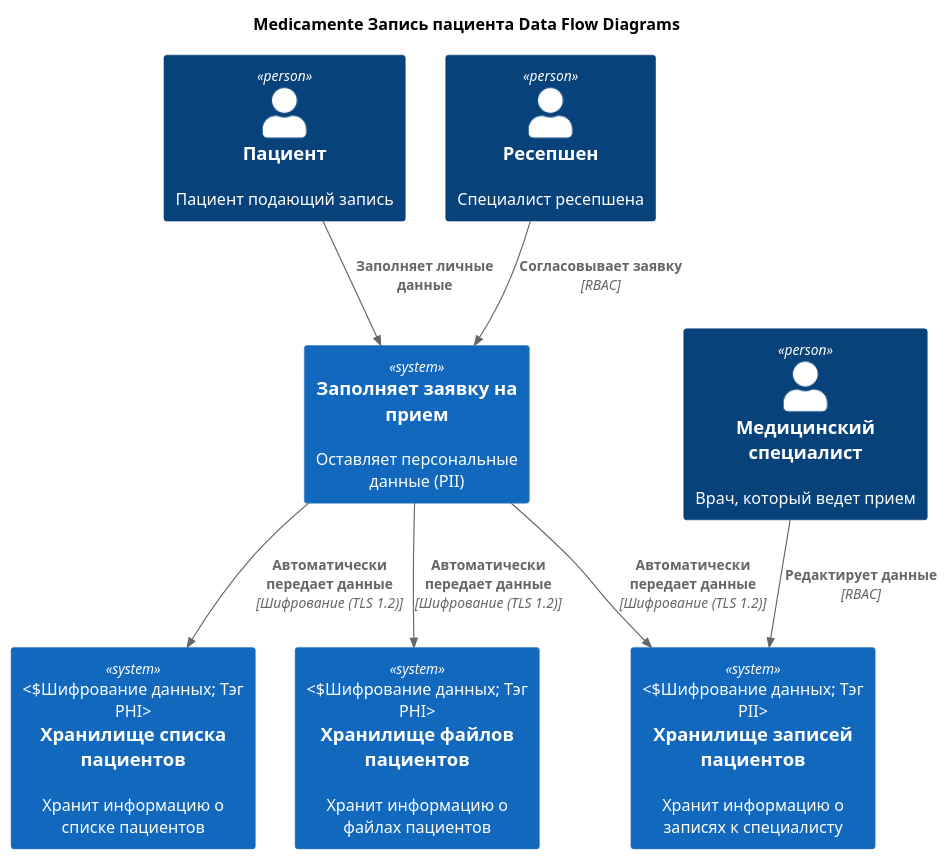
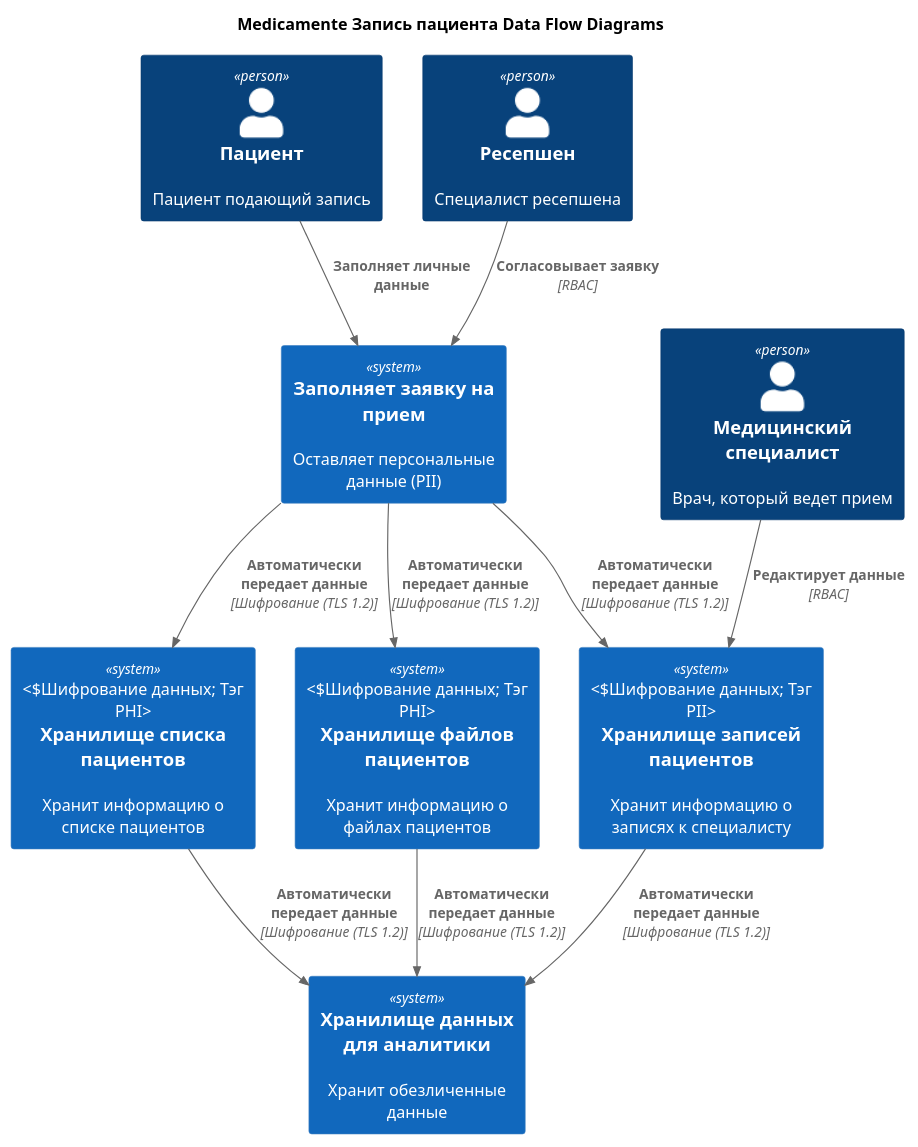
One commit to noisegrind3r/architecture-sprint-10 changed the diagram in Task1/Запись_пациентов_ToBe.puml. Above: the diagram before and after it, drawn with PlantUML. The commit also changed 7 other files, not shown here.

Commit message:
fix: dfd diagrams

```diff
--- a/Task1/Запись_пациентов_ToBe.puml
+++ b/Task1/Запись_пациентов_ToBe.puml
@@ -1,26 +1,31 @@
 @startuml
 title Medicamente Запись пациента Data Flow Diagrams
 
 top to bottom direction
 
 !includeurl https://raw.githubusercontent.com/RicardoNiepel/C4-PlantUML/master/C4_Context.puml
 
 Person(patient, "Пациент", "Пациент подающий запись")
 Person(receptionist, "Ресепшен", "Специалист ресепшена")
 Person(doctor, "Медицинский специалист", "Врач, который ведет прием")
 
 System(fillData, "Заполняет заявку на прием", "Оставляет персональные данные (PII)")
 System(journalDoctor, "Хранилище записей пациентов", "Хранит информацию о записях к специалисту", "Шифрование данных; Тэг PII")
 System(journalPatient, "Хранилище списка пациентов", "Хранит информацию о списке пациентов", "Шифрование данных; Тэг PHI")
 System(dataPatient, "Хранилище файлов пациентов", "Хранит информацию о файлах пациентов", "Шифрование данных; Тэг PHI")
+System(dataLake, "Хранилище данных для аналитики", "Хранит обезличенные данные")
 
 Rel(patient, fillData, "Заполняет личные данные")
 Rel(fillData, journalPatient, "Автоматически передает данные", "Шифрование (TLS 1.2)")
 Rel(fillData, journalDoctor, "Автоматически передает данные", "Шифрование (TLS 1.2)")
 Rel(fillData, dataPatient, "Автоматически передает данные", "Шифрование (TLS 1.2)" )
 
+Rel(journalPatient, dataLake, "Автоматически передает данные", "Шифрование (TLS 1.2)" )
+Rel(journalDoctor, dataLake, "Автоматически передает данные", "Шифрование (TLS 1.2)" )
+Rel(dataPatient, dataLake, "Автоматически передает данные", "Шифрование (TLS 1.2)" )
+
 Rel(receptionist, fillData, "Согласовывает заявку", "RBAC")
 Rel(doctor, journalDoctor, "Редактирует данные", "RBAC")
 
 
 @enduml
```
